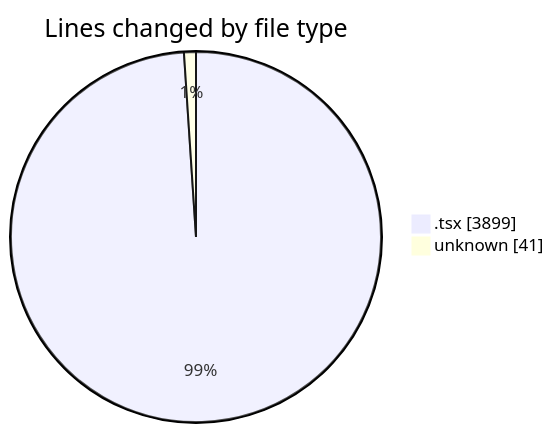
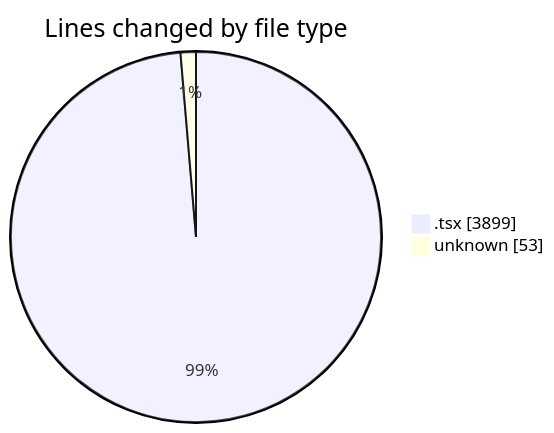
One commit to JenPaints/code-tracking changed the first of 2 diagrams in 2025-05-29/kimberly-groups/README.md. Above: the diagram before and after it, drawn with Mermaid. The commit also changed other lines of this file and 1 other file, not shown here.

````diff
--- a/2025-05-29/kimberly-groups/README.md
+++ b/2025-05-29/kimberly-groups/README.md
@@ -28,6 +28,6 @@
 ```mermaid
 pie showData
 title Lines changed by file type
 ".tsx" : 3899
-"unknown" : 41
+"unknown" : 53
 ```
````
